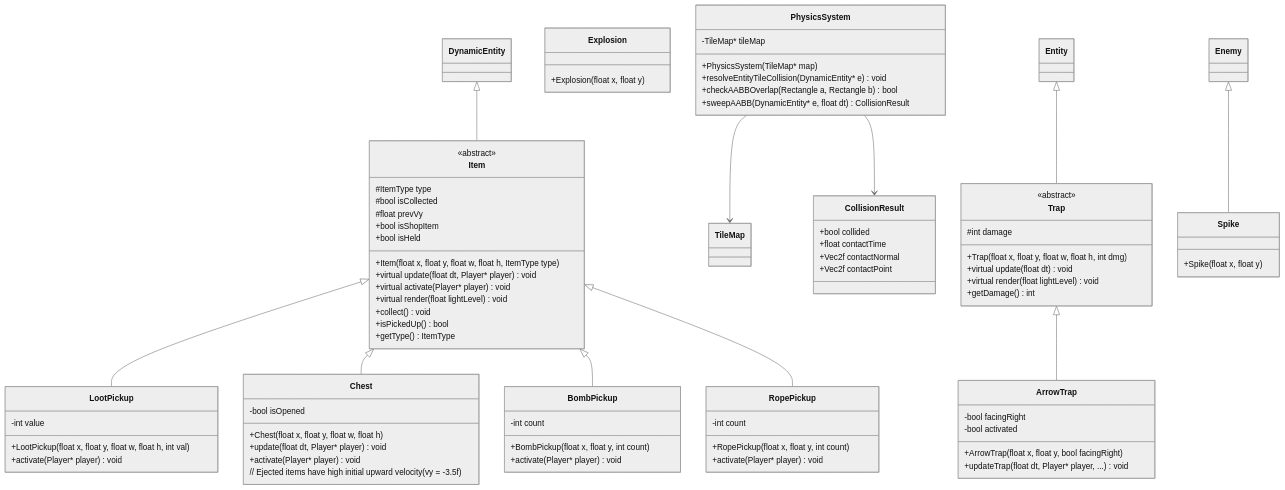
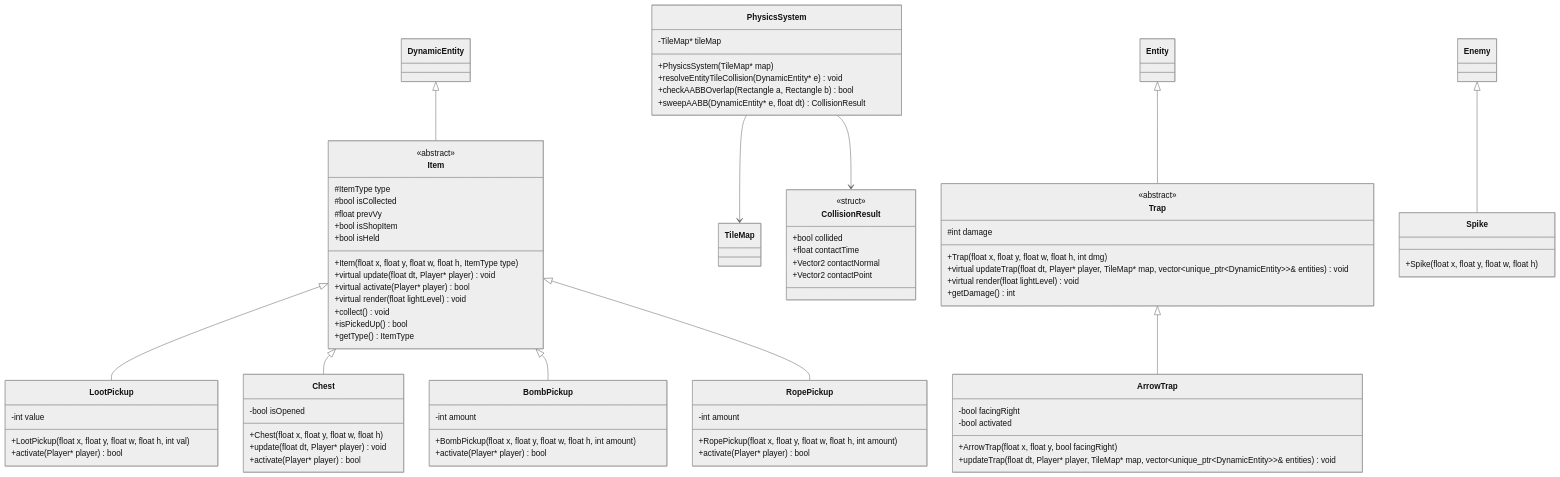
Before and after one commit to Gasmask-Chan/CS202-Cavern-Descent: the seventh of 13 diagrams in project_plan.md, drawn with Mermaid (neutral theme). The commit also changed other lines of this file, not shown here.

Commit message:
docs: synchronize all class diagrams and structures with source code in project_plan.md

```diff
--- a/project_plan.md
+++ b/project_plan.md
@@ -1085,10 +1148,11 @@
     }
 
     class CollisionResult {
+        <<struct>>
         +bool collided
         +float contactTime
-        +Vec2f contactNormal
-        +Vec2f contactPoint
+        +Vector2 contactNormal
+        +Vector2 contactPoint
     }
 
     class Item {
@@ -1100,7 +1164,7 @@
         +bool isHeld
         +Item(float x, float y, float w, float h, ItemType type)
         +virtual update(float dt, Player* player) void
-        +virtual activate(Player* player) void
+        +virtual activate(Player* player) bool
         +virtual render(float lightLevel) void
         +collect() void
         +isPickedUp() bool
@@ -1110,51 +1174,46 @@
     class LootPickup {
         -int value
         +LootPickup(float x, float y, float w, float h, int val)
-        +activate(Player* player) void
+        +activate(Player* player) bool
     }
 
     class Chest {
         -bool isOpened
         +Chest(float x, float y, float w, float h)
         +update(float dt, Player* player) void
-        +activate(Player* player) void
-        // Ejected items have high initial upward velocity (vy = -3.5f)
+        +activate(Player* player) bool
     }
 
     class BombPickup {
-        -int count
-        +BombPickup(float x, float y, int count)
-        +activate(Player* player) void
+        -int amount
+        +BombPickup(float x, float y, float w, float h, int amount)
+        +activate(Player* player) bool
     }
 
     class RopePickup {
-        -int count
-        +RopePickup(float x, float y, int count)
-        +activate(Player* player) void
+        -int amount
+        +RopePickup(float x, float y, float w, float h, int amount)
+        +activate(Player* player) bool
     }
 
     class Trap {
         <<abstract>>
         #int damage
         +Trap(float x, float y, float w, float h, int dmg)
-        +virtual update(float dt) void
+        +virtual updateTrap(float dt, Player* player, TileMap* map, vector~unique_ptr~DynamicEntity~~& entities) void
         +virtual render(float lightLevel) void
         +getDamage() int
     }
 
-    class Explosion {
-        +Explosion(float x, float y)
-    }
-
     class Spike {
-        +Spike(float x, float y)
+        +Spike(float x, float y, float w, float h)
     }
 
     class ArrowTrap {
         -bool facingRight
         -bool activated
         +ArrowTrap(float x, float y, bool facingRight)
-        +updateTrap(float dt, Player* player, ...) void
+        +updateTrap(float dt, Player* player, TileMap* map, vector~unique_ptr~DynamicEntity~~& entities) void
     }
 
     DynamicEntity <|-- Item
```
